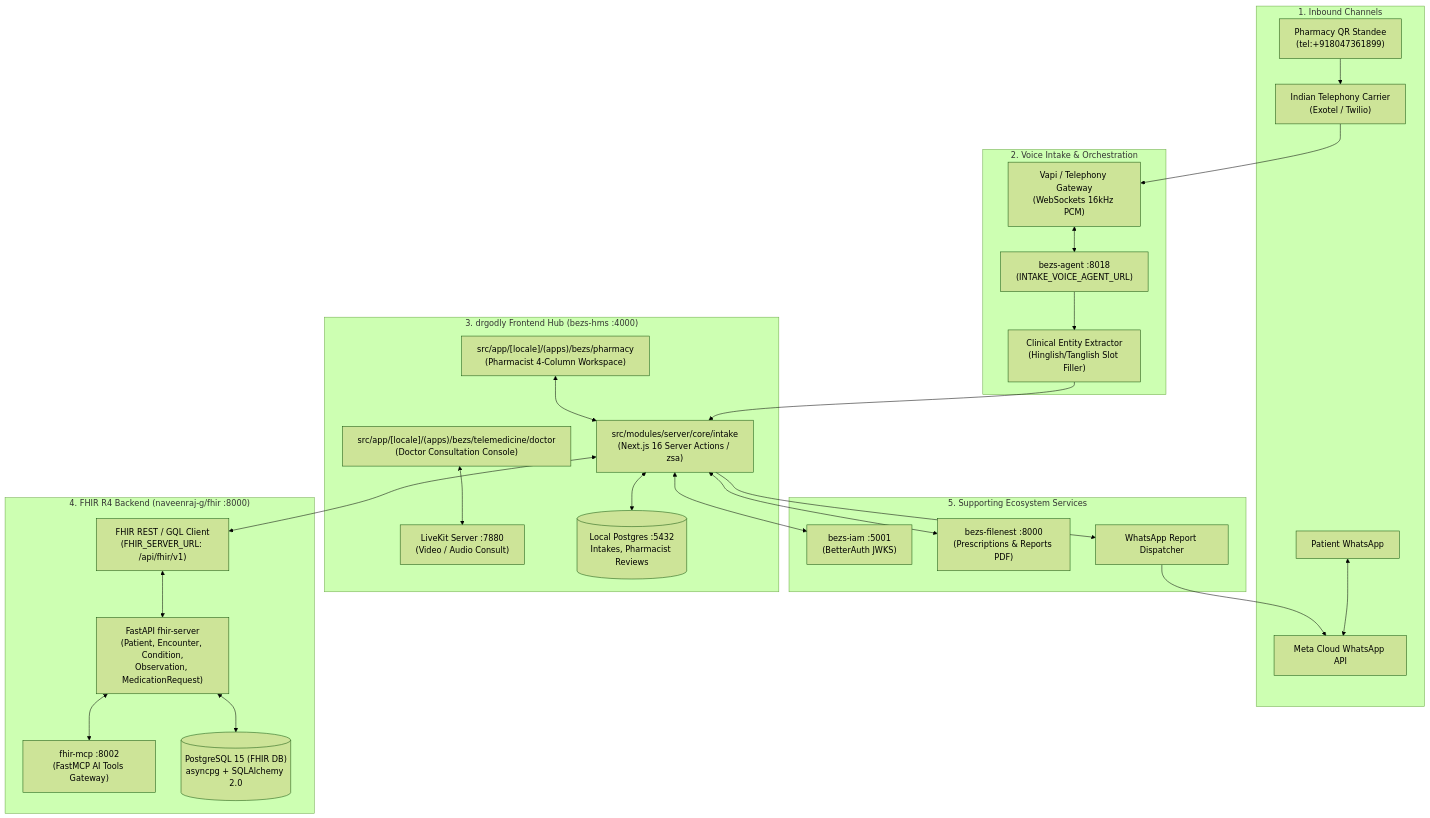
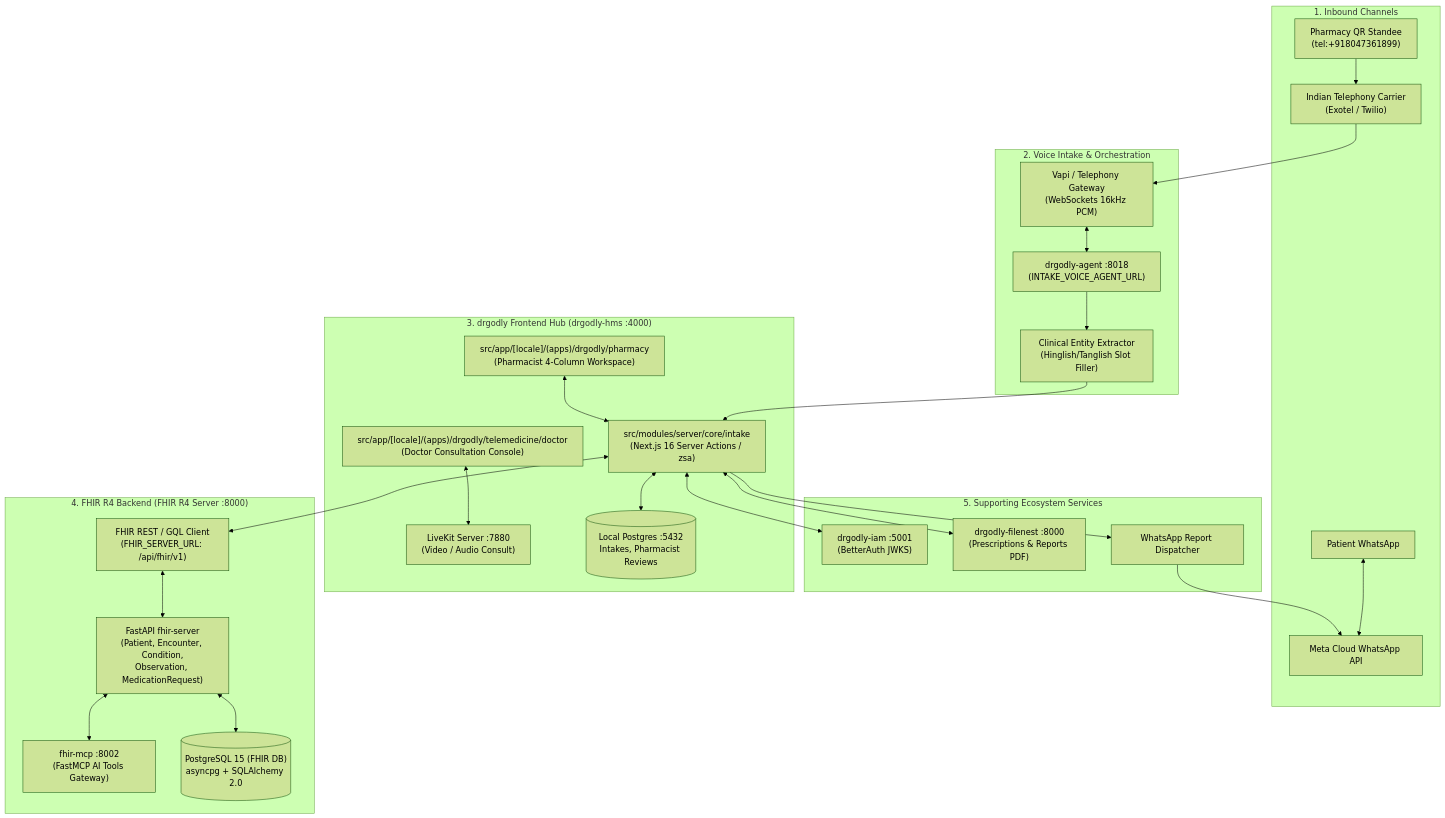
Before and after one commit to pranjalchirmade09326-hash/Pharmacy-App-for-DrGodly: the first of 2 diagrams in docs/SYSTEM_ARCHITECTURE.md, drawn with Mermaid (forest theme). The commit also changed other lines of this file and 90 other files, not shown here.

Commit message:
refactor(monorepo): partition codebase into frontend, backend, and docs; clean all external github links

````diff
--- a/docs/SYSTEM_ARCHITECTURE.md
+++ b/docs/SYSTEM_ARCHITECTURE.md
@@ -18,34 +18,34 @@
 ```mermaid
 flowchart TD
     subgraph INBOUND["1. Inbound Channels"]
         QR["Pharmacy QR Standee<br>(tel:+918047361899)"] --> TEL["Indian Telephony Carrier<br>(Exotel / Twilio)"]
         PAT_WA["Patient WhatsApp"] <--> WA_API["Meta Cloud WhatsApp API"]
     end
 
     subgraph VOICE_AGENT["2. Voice Intake & Orchestration"]
         TEL --> VAPI_GW["Vapi / Telephony Gateway<br>(WebSockets 16kHz PCM)"]
-        VAPI_GW <--> AGENT["bezs-agent :8018<br>(INTAKE_VOICE_AGENT_URL)"]
+        VAPI_GW <--> AGENT["drgodly-agent :8018<br>(INTAKE_VOICE_AGENT_URL)"]
         AGENT --> EXTRACT["Clinical Entity Extractor<br>(Hinglish/Tanglish Slot Filler)"]
     end
 
-    subgraph FRONTEND_HUB["3. drgodly Frontend Hub (bezs-hms :4000)"]
+    subgraph FRONTEND_HUB["3. drgodly Frontend Hub (drgodly-hms :4000)"]
         EXTRACT --> INTAKE_API["src/modules/server/core/intake<br>(Next.js 16 Server Actions / zsa)"]
-        PHARM_UI["src/app/[locale]/(apps)/bezs/pharmacy<br>(Pharmacist 4-Column Workspace)"] <--> INTAKE_API
-        DOC_UI["src/app/[locale]/(apps)/bezs/telemedicine/doctor<br>(Doctor Consultation Console)"] <--> LIVEKIT["LiveKit Server :7880<br>(Video / Audio Consult)"]
+        PHARM_UI["src/app/[locale]/(apps)/drgodly/pharmacy<br>(Pharmacist 4-Column Workspace)"] <--> INTAKE_API
+        DOC_UI["src/app/[locale]/(apps)/drgodly/telemedicine/doctor<br>(Doctor Consultation Console)"] <--> LIVEKIT["LiveKit Server :7880<br>(Video / Audio Consult)"]
         INTAKE_API <--> PRISMA[("Local Postgres :5432<br>Intakes, Pharmacist Reviews")]
     end
 
-    subgraph FHIR_BACKEND["4. FHIR R4 Backend (naveenraj-g/fhir :8000)"]
+    subgraph FHIR_BACKEND["4. FHIR R4 Backend (FHIR R4 Server :8000)"]
         INTAKE_API <--> FHIR_CLIENT["FHIR REST / GQL Client<br>(FHIR_SERVER_URL: /api/fhir/v1)"]
         FHIR_CLIENT <--> FHIR_SERVER["FastAPI fhir-server<br>(Patient, Encounter, Condition,<br>Observation, MedicationRequest)"]
         FHIR_SERVER <--> FHIR_MCP["fhir-mcp :8002<br>(FastMCP AI Tools Gateway)"]
         FHIR_SERVER <--> FHIR_DB[("PostgreSQL 15 (FHIR DB)<br>asyncpg + SQLAlchemy 2.0")]
     end
 
     subgraph ECOSYSTEM["5. Supporting Ecosystem Services"]
-        INTAKE_API <--> IAM["bezs-iam :5001<br>(BetterAuth JWKS)"]
-        INTAKE_API <--> FILENEST["bezs-filenest :8000<br>(Prescriptions & Reports PDF)"]
+        INTAKE_API <--> IAM["drgodly-iam :5001<br>(BetterAuth JWKS)"]
+        INTAKE_API <--> FILENEST["drgodly-filenest :8000<br>(Prescriptions & Reports PDF)"]
         INTAKE_API --> WA_DISPATCH["WhatsApp Report Dispatcher"]
         WA_DISPATCH --> WA_API
     end
 ```
````
